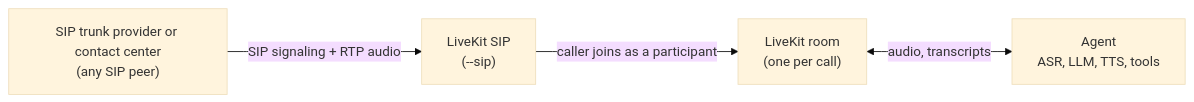
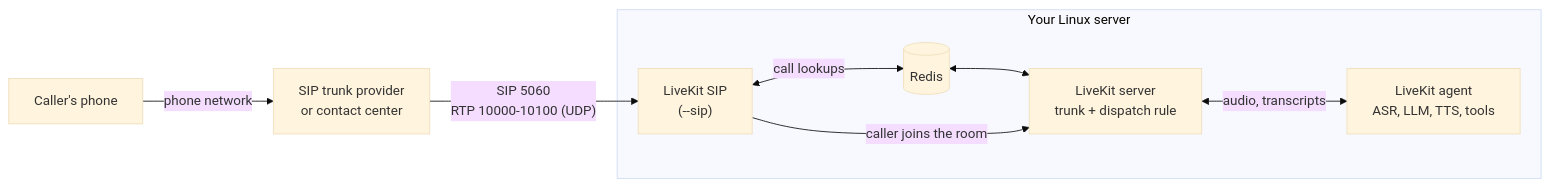
Before and after one commit to NVIDIA-AI-Blueprints/nemotron-voice-agent: the first of 2 diagrams in src/examples/generic_assistant_livekit/SIP.md, drawn with Mermaid (base theme). The commit also changed other lines of this file and 20 other files, not shown here.

Commit message:
Add the SIP setup tooling, a UI phone card and optional login, and a fixed greeting

````diff
--- a/src/examples/generic_assistant_livekit/SIP.md
+++ b/src/examples/generic_assistant_livekit/SIP.md
@@ -7,10 +11,17 @@
 ```mermaid
 flowchart LR
-    peer["SIP trunk provider or contact center<br/>(any SIP peer)"]
-    sip["LiveKit SIP<br/>(--sip)"]
-    room["LiveKit room<br/>(one per call)"]
-    agent["Agent<br/>ASR, LLM, TTS, tools"]
-    peer -- "SIP signaling + RTP audio" --> sip
-    sip -- "caller joins as a participant" --> room
-    room <-- "audio, transcripts" --> agent
+    phone["Caller's phone"]
+    peer["SIP trunk provider<br/>or contact center"]
+    subgraph host["Your Linux server"]
+        sip["LiveKit SIP<br/>(--sip)"]
+        redis[("Redis")]
+        server["LiveKit server<br/>trunk + dispatch rule"]
+        agent["LiveKit agent<br/>ASR, LLM, TTS, tools"]
+    end
+    phone -- "phone network" --> peer
+    peer -- "SIP 5060<br/>RTP 10000-10100 (UDP)" --> sip
+    sip <-- "call lookups" --> redis
+    redis <--> server
+    sip -- "caller joins the room" --> server
+    server <-- "audio, transcripts" --> agent
 ```
````
